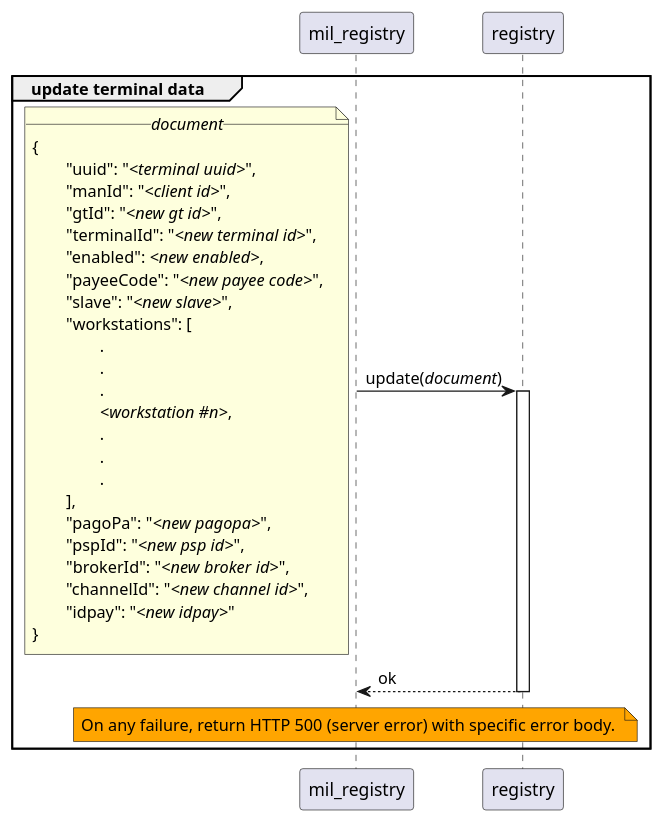
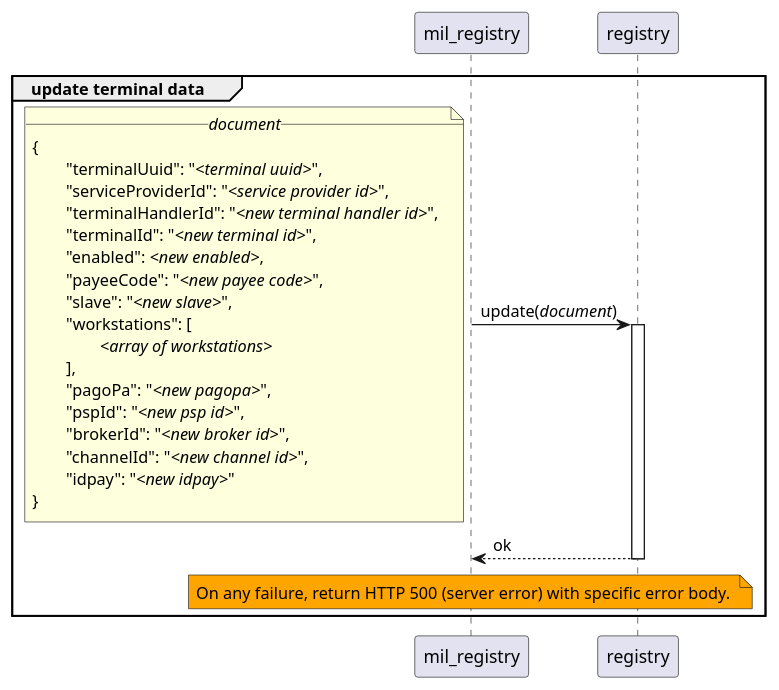
One commit to pagopa/mil-diags changed the diagram in sequence_diags/pagoPA/pos_management/update_terminal_data_for_psp.puml. Above: the diagram before and after it, drawn with PlantUML. The commit also changed 21 other files, not shown here.

```diff
--- a/sequence_diags/pagoPA/pos_management/update_terminal_data_for_psp.puml
+++ b/sequence_diags/pagoPA/pos_management/update_terminal_data_for_psp.puml
@@ -1,35 +1,29 @@
 group update terminal data
 	mil_registry -> registry ++ : update(//document//)
 		note left
 			__//document//__
 			{
-				"uuid": "//<terminal uuid>//",
-				"manId": "//<client id>//",
-				"gtId": "//<new gt id>//",
+				"terminalUuid": "//<terminal uuid>//",
+				"serviceProviderId": "//<service provider id>//",
+				"terminalHandlerId": "//<new terminal handler id>//",
 				"terminalId": "//<new terminal id>//",
 				"enabled": //<new enabled>//,
 				"payeeCode": "//<new payee code>//",
 				"slave": "//<new slave>//",
 				"workstations": [
-					.
-					.
-					.
-					//<workstation #n>//,
-					.
-					.
-					.
+					//<array of workstations>//
 				],
 				"pagoPa": "//<new pagopa>//",
 				"pspId": "//<new psp id>//",
 				"brokerId": "//<new broker id>//",
 				"channelId": "//<new channel id>//",
 				"idpay": "//<new idpay>//"
 			}
 		end note
 
 	registry --> mil_registry -- : ok
 
     note over mil_registry #Orange
 		On any failure, return HTTP 500 (server error) with specific error body. 
 	end note
 end
```
